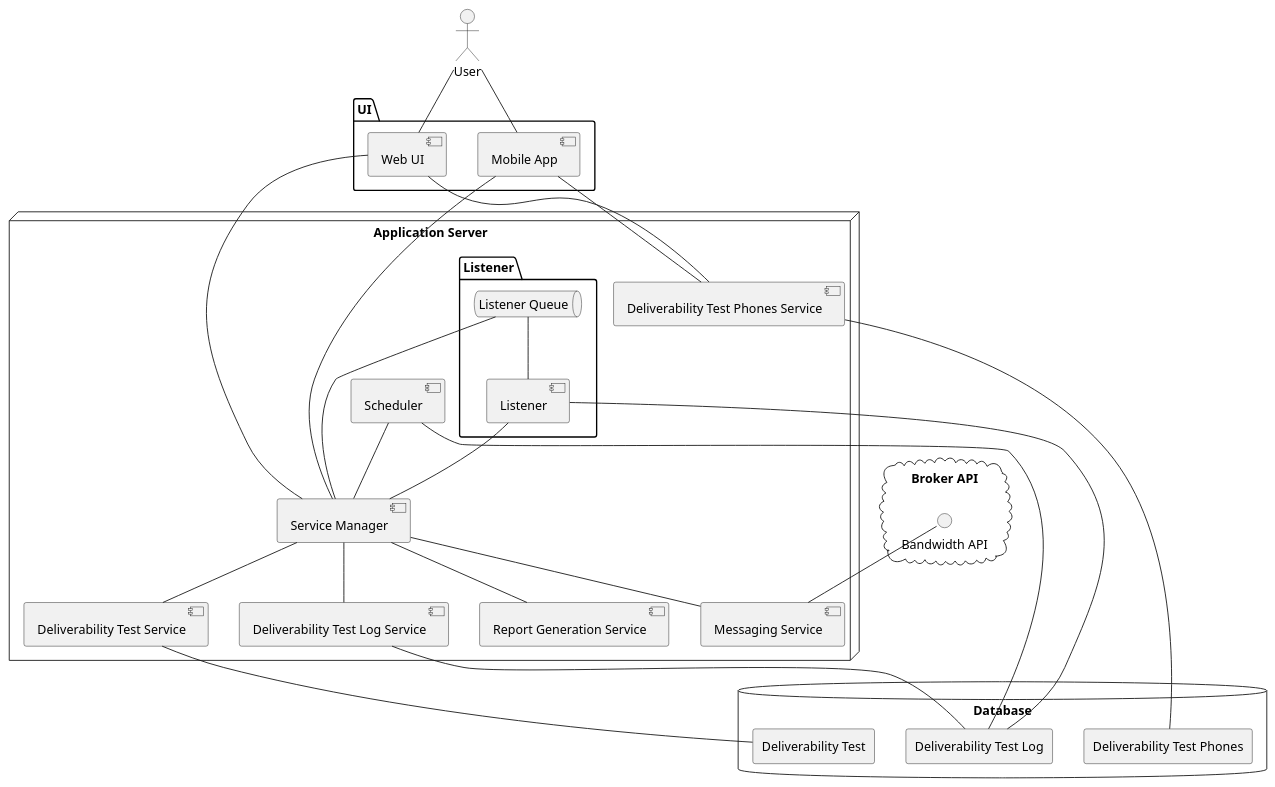
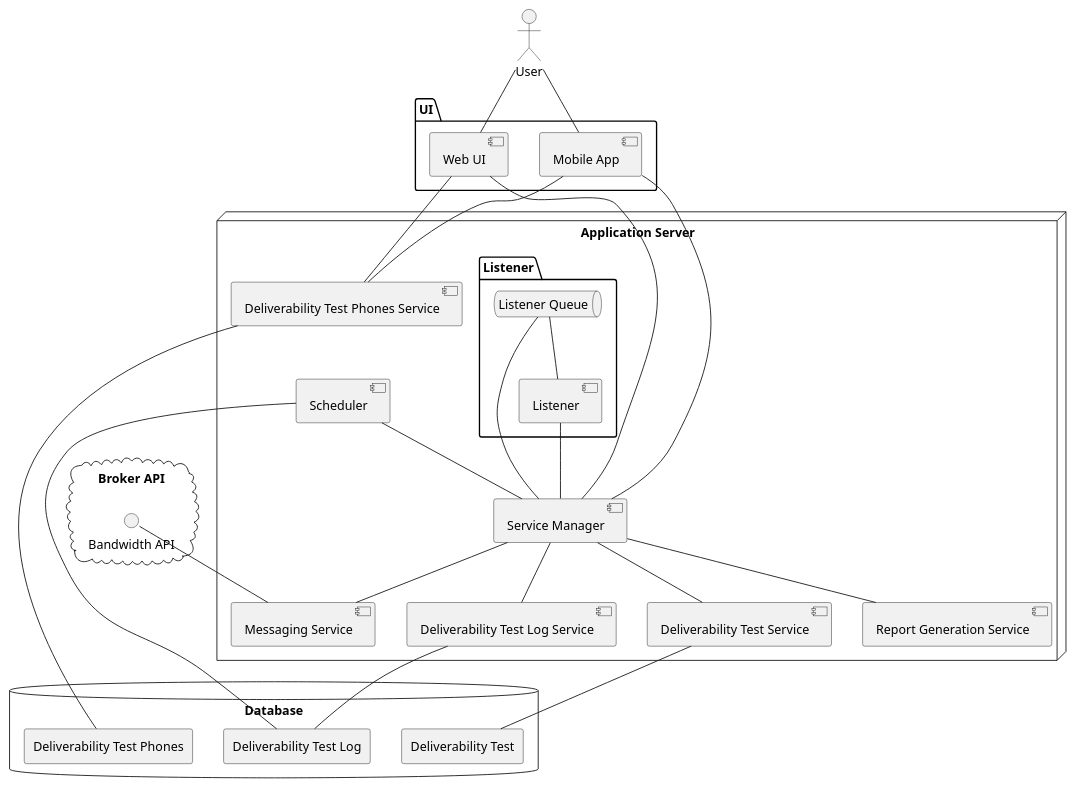
Before and after one commit to Xyz0074/testing-diagrams: the diagram in source/microservices-component-diagram.puml, drawn with PlantUML.

```diff
--- a/source/microservices-component-diagram.puml
+++ b/source/microservices-component-diagram.puml
@@ -1,67 +1,66 @@
 @startuml
 
 /'Defines all the components in the diagram, including the actor.'/
 User as user
 
 package UI {
     component "Web UI" as web_ui
     component "Mobile App" as mobile_app
 }
 
 node "Application Server" {
     component "Service Manager" as service_manager
 
     package "Listener" {
         queue "Listener Queue" as listener_queue
         component "Listener" as listener
     }
 
     component "Deliverability Test Log Service" as dtl_service
     component "Deliverability Test Service" as dt_service
     component "Deliverability Test Phones Service" as dtp_service
     component "Report Generation Service" as rg_service
     component "Scheduler" as scheduler
     component "Messaging Service" as messenger
 }
 
 cloud "Broker API" {
     interface "Bandwidth API" as bandwidth
 }
 
 database Database {
     skinparam componentStyle rectangle
     component "Deliverability Test Log" as dtl
     component "Deliverability Test" as dt
     component "Deliverability Test Phones" as dtp
     skinparam componentStyle uml2
 }
 
 /'Defines the interactions between the components in the diagram.'/
 /'Frontend Interactions'/
 user -- web_ui
 user -- mobile_app
 web_ui -- service_manager
 mobile_app -- service_manager
 web_ui -- dtp_service
 mobile_app -- dtp_service
 
 /'Backend Interactions'/
 service_manager -- listener_queue
 listener_queue -- listener
 listener -- service_manager
 service_manager -- dt_service
 service_manager -- dtl_service
 service_manager -- rg_service
 scheduler -- service_manager
 service_manager -- messenger
 
 /'Database Interactions'/
-listener -- dtl
 scheduler -- dtl
 dtp_service -- dtp
 dtl_service -- dtl
 dt_service -- dt
 
 /'Third Party Interactions'/
 bandwidth -- messenger
 @enduml
```
